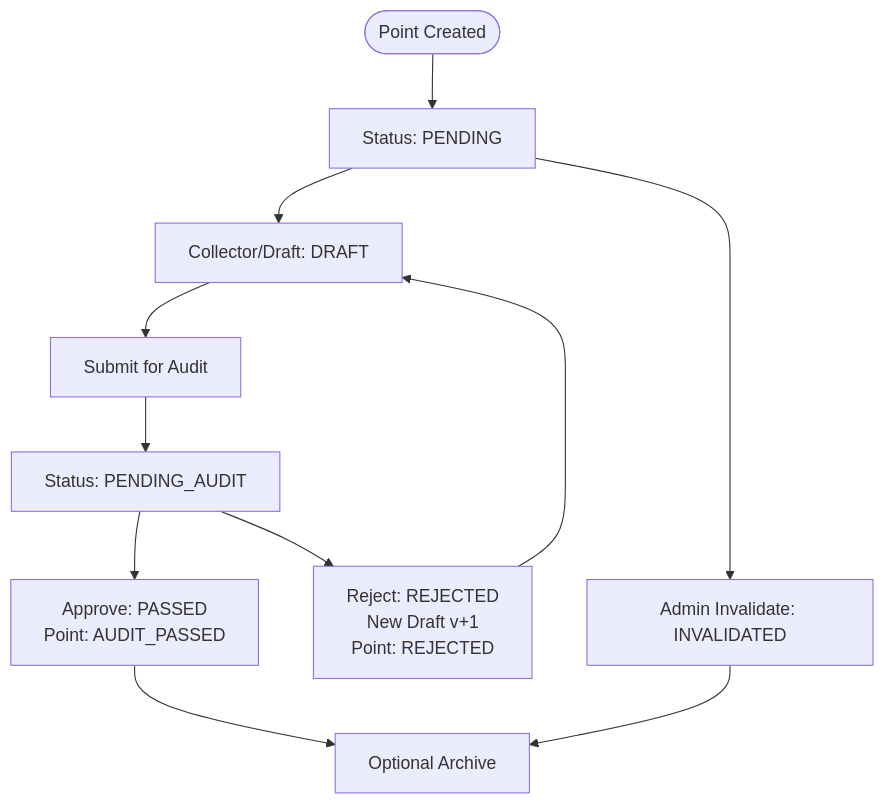
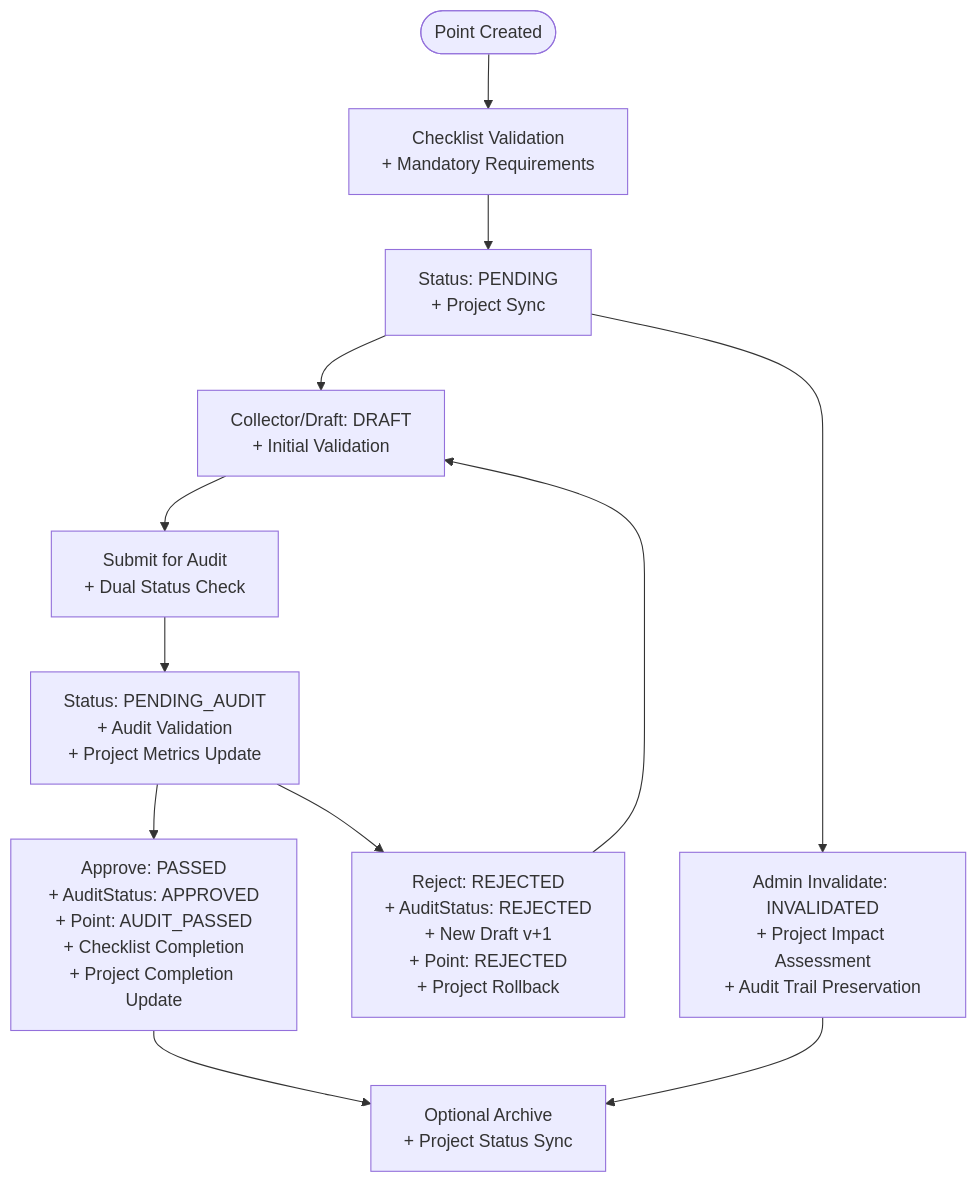
Before and after one commit to bo961386926/Survey-App: the third of 4 diagrams in .qoder/repowiki/en/content/Survey Point Management/Status Workflow & Lifecycle Management.md, drawn with Mermaid. The commit also changed other lines of this file and 7 other files, not shown here.

````diff
--- a/.qoder/repowiki/en/content/Survey Point Management/Status Workflow & Lifecycle Management.md
+++ b/.qoder/repowiki/en/content/Survey Point Management/Status Workflow & Lifecycle Management.md
@@ -186,13 +250,14 @@
 ```mermaid
 flowchart TD
-Start(["Point Created"]) --> PEND["Status: PENDING"]
-PEND --> DRAFT["Collector/Draft: DRAFT"]
-DRAFT --> SUBMIT["Submit for Audit"]
-SUBMIT --> PA["Status: PENDING_AUDIT"]
-PA --> PASS["Approve: PASSED<br/>Point: AUDIT_PASSED"]
-PA --> REJ["Reject: REJECTED<br/>New Draft v+1<br/>Point: REJECTED"]
-PASS --> ARCH["Optional Archive"]
+Start(["Point Created"]) --> Checklist["Checklist Validation<br/>+ Mandatory Requirements"]
+Checklist --> PEND["Status: PENDING<br/>+ Project Sync"]
+PEND --> DRAFT["Collector/Draft: DRAFT<br/>+ Initial Validation"]
+DRAFT --> SUBMIT["Submit for Audit<br/>+ Dual Status Check"]
+SUBMIT --> PA["Status: PENDING_AUDIT<br/>+ Audit Validation<br/>+ Project Metrics Update"]
+PA --> PASS["Approve: PASSED<br/>+ AuditStatus: APPROVED<br/>+ Point: AUDIT_PASSED<br/>+ Checklist Completion<br/>+ Project Completion Update"]
+PA --> REJ["Reject: REJECTED<br/>+ AuditStatus: REJECTED<br/>+ New Draft v+1<br/>+ Point: REJECTED<br/>+ Project Rollback"]
+PASS --> ARCH["Optional Archive<br/>+ Project Status Sync"]
 REJ --> DRAFT
-PEND --> INV["Admin Invalidate: INVALIDATED"]
+PEND --> INV["Admin Invalidate: INVALIDATED<br/>+ Project Impact Assessment<br/>+ Audit Trail Preservation"]
 INV --> ARCH
 ```
````
